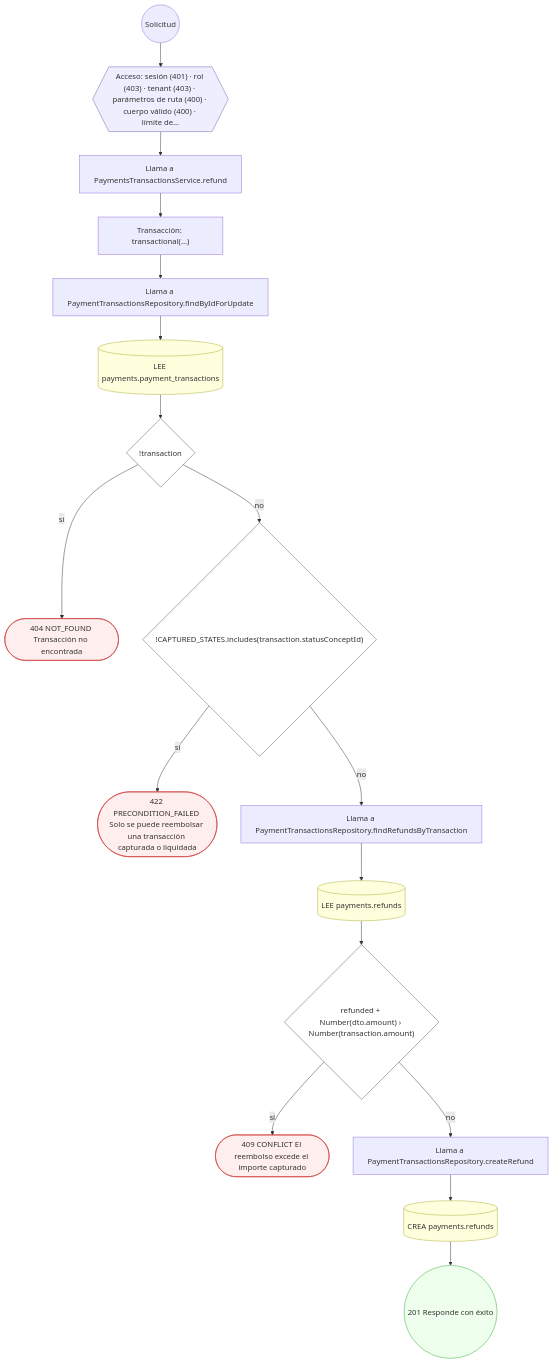
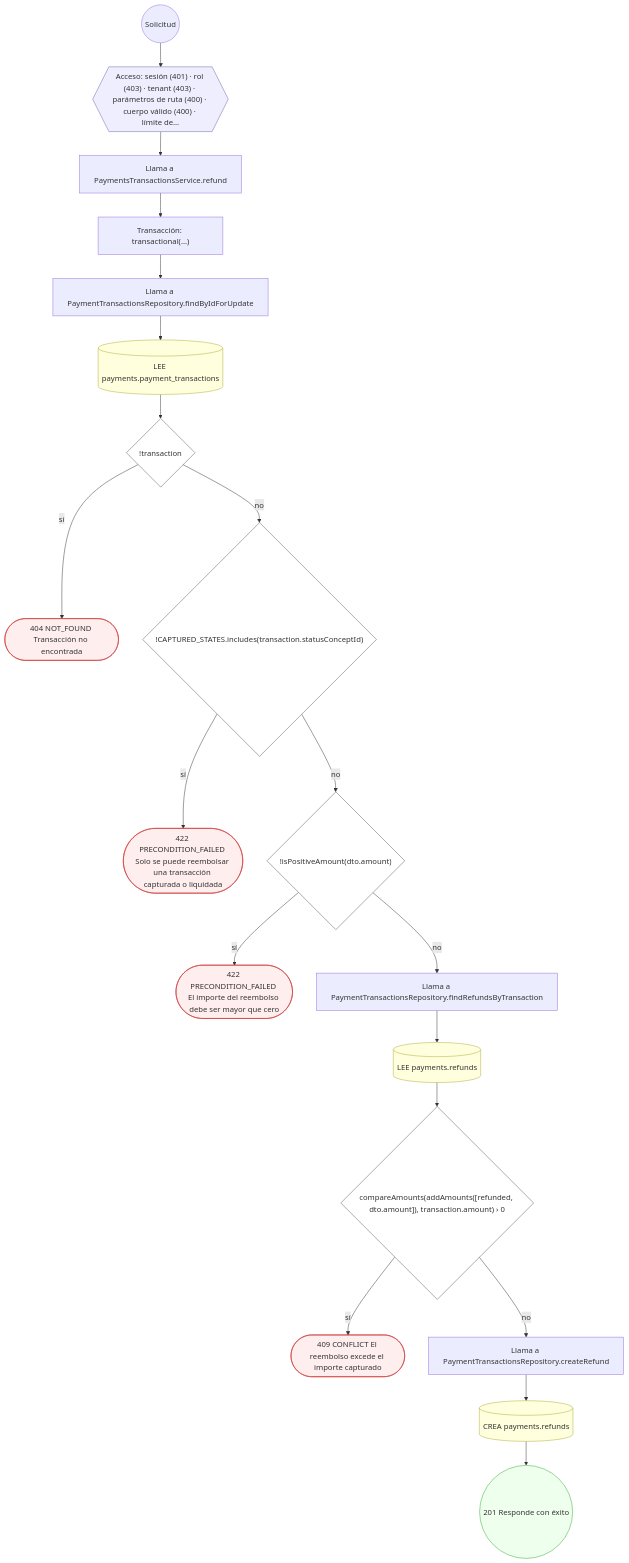
Before and after one commit to mdavila-2001/mantra-core-health-api: diagram 14 of 15 in docs/inventario/flujos/payments.md, drawn with Mermaid. The commit also changed other lines of this file and 451 other files, not shown here.

First line of the commit message:
chore(data_catalog): contrato OpenAPI, inventario y pruebas al día con el diseño del #660

````diff
--- a/docs/inventario/flujos/payments.md
+++ b/docs/inventario/flujos/payments.md
@@ -852,42 +923,46 @@
 ```mermaid
 flowchart TD
   n1(("Solicitud")):::inicio
   n2{{"Acceso: sesión (401) · rol (403) · tenant (403) · parámetros de ruta (400) · cuerpo válido (400) · límite de…"}}:::acceso
   n1 --> n2
   n3["Llama a PaymentsTransactionsService.refund"]:::llamada
   n2 --> n3
   n4["Transacción: transactional(…)"]:::transaccion
   n3 --> n4
   n5["Llama a PaymentTransactionsRepository.findByIdForUpdate"]:::llamada
   n4 --> n5
   n6[("LEE payments.payment_transactions")]:::efecto
   n5 --> n6
   n7{"!transaction"}:::decision
   n6 --> n7
   n8(["404 NOT_FOUND Transacción no encontrada"]):::error
   n7 -->|"sí"| n8
   n9{"!CAPTURED_STATES.includes(transaction.statusConceptId)"}:::decision
   n7 -->|"no"| n9
   n10(["422 PRECONDITION_FAILED Solo se puede reembolsar una transacción capturada o liquidada"]):::error
   n9 -->|"sí"| n10
-  n11["Llama a PaymentTransactionsRepository.findRefundsByTransaction"]:::llamada
+  n11{"!isPositiveAmount(dto.amount)"}:::decision
   n9 -->|"no"| n11
-  n12[("LEE payments.refunds")]:::efecto
-  n11 --> n12
-  n13{"refunded + Number(dto.amount) › Number(transaction.amount)"}:::decision
-  n12 --> n13
-  n14(["409 CONFLICT El reembolso excede el importe capturado"]):::error
-  n13 -->|"sí"| n14
-  n15["Llama a PaymentTransactionsRepository.createRefund"]:::llamada
-  n13 -->|"no"| n15
-  n16[("CREA payments.refunds")]:::efecto
-  n15 --> n16
-  n17(("201 Responde con éxito")):::ok
-  n16 --> n17
+  n12(["422 PRECONDITION_FAILED El importe del reembolso debe ser mayor que cero"]):::error
+  n11 -->|"sí"| n12
+  n13["Llama a PaymentTransactionsRepository.findRefundsByTransaction"]:::llamada
+  n11 -->|"no"| n13
+  n14[("LEE payments.refunds")]:::efecto
+  n13 --> n14
+  n15{"compareAmounts(addAmounts([refunded, dto.amount]), transaction.amount) › 0"}:::decision
+  n14 --> n15
+  n16(["409 CONFLICT El reembolso excede el importe capturado"]):::error
+  n15 -->|"sí"| n16
+  n17["Llama a PaymentTransactionsRepository.createRefund"]:::llamada
+  n15 -->|"no"| n17
+  n18[("CREA payments.refunds")]:::efecto
+  n17 --> n18
+  n19(("201 Responde con éxito")):::ok
+  n18 --> n19
   classDef acceso fill:#eef,stroke:#66a
   classDef error fill:#fee,stroke:#c33
   classDef ok fill:#efe,stroke:#3a3
   classDef efecto fill:#ffd,stroke:#aa3
   classDef decision fill:#fff,stroke:#555
   classDef corte fill:#eee,stroke:#999,stroke-dasharray: 4
 ```
````
